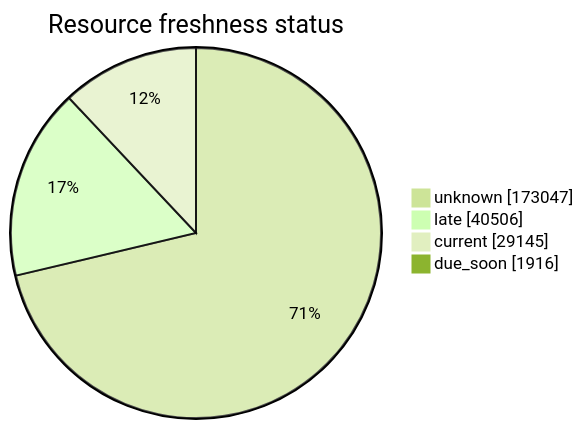
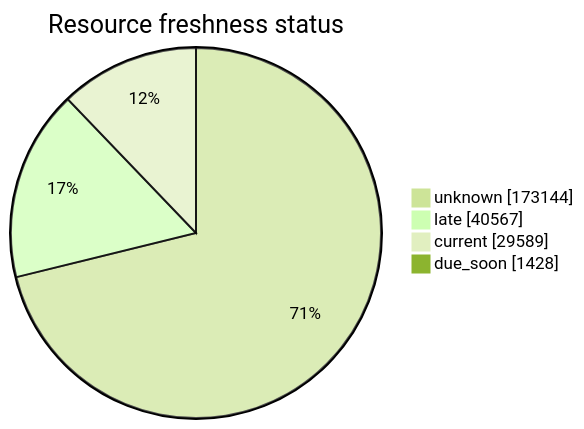
Before and after one commit to open-data/analytics-corporate-reporting: the third of 5 diagrams in FreshCheck/README.md, drawn with Mermaid (forest theme). The commit also changed other lines of this file and 3 other files, not shown here.

````diff
--- a/FreshCheck/README.md
+++ b/FreshCheck/README.md
@@ -78,7 +77,7 @@
 ```mermaid
 pie showData title Resource freshness status
-    "unknown": 173047
-    "late": 40506
-    "current": 29145
-    "due_soon": 1916
+    "unknown": 173144
+    "late": 40567
+    "current": 29589
+    "due_soon": 1428
 ```
````
